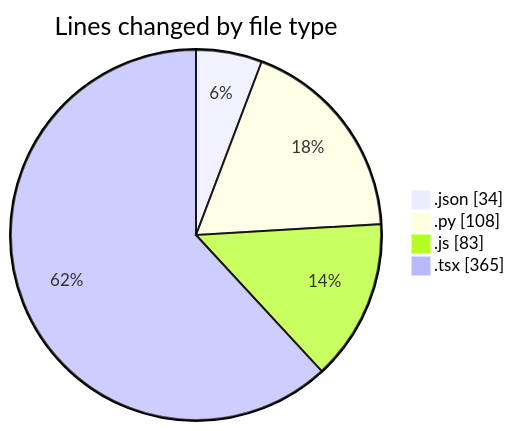
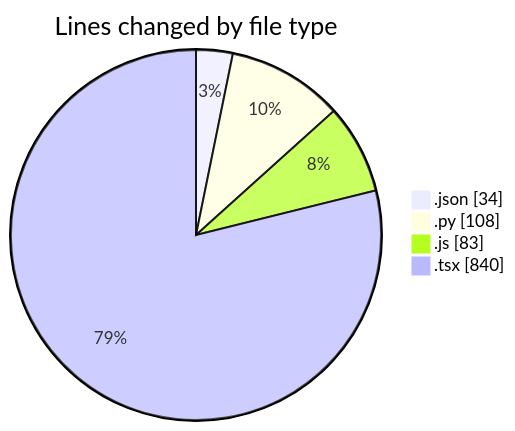
Before and after one commit to nxtqubesakshisongat/code-tracking: the first of 2 diagrams in 2026-07-28/nxtqube_webapp/README.md, drawn with Mermaid. The commit also changed other lines of this file and 1 other file, not shown here.

````diff
--- a/2026-07-28/nxtqube_webapp/README.md
+++ b/2026-07-28/nxtqube_webapp/README.md
@@ -23,8 +24,8 @@
 ```mermaid
 pie showData
 title Lines changed by file type
 ".json" : 34
 ".py" : 108
 ".js" : 83
-".tsx" : 365
+".tsx" : 840
 ```
````
